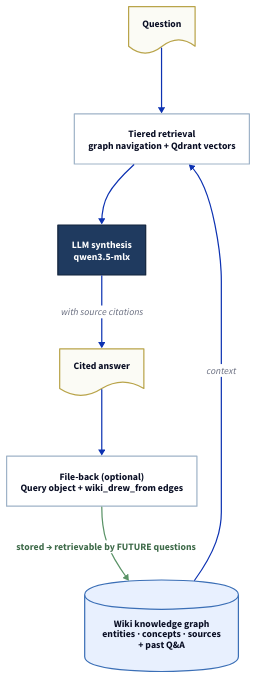
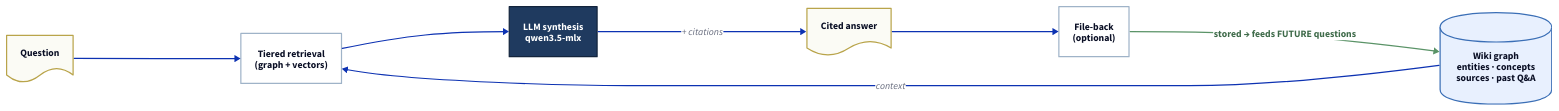
One commit to Aldeia-IT/anytype-llm-wiki changed the diagram in docs/diagrams/compounding-loop.d2. Above: the diagram before and after it, drawn with D2. The commit also changed 5 other files, not shown here.

```diff
--- a/docs/diagrams/compounding-loop.d2
+++ b/docs/diagrams/compounding-loop.d2
@@ -1,44 +1,44 @@
 # wiki_query — the compounding loop: cited answers that feed future questions
 # Render: d2 --theme 0 --pad 24 compounding-loop.d2 compounding-loop.svg
 
-direction: down
+direction: right
 
 classes: {
   step:  { shape: rectangle; style: { fill: "#ffffff"; stroke: "#9fb3c8" } }
   hero:  { shape: rectangle; style: { fill: "#1f3a5f"; font-color: "#ffffff"; bold: true; stroke: "#13243c" } }
   store: { shape: cylinder;  style: { fill: "#e8f0fe"; stroke: "#3b6fb6" } }
   io:    { shape: document;  style: { fill: "#fbfbf5"; stroke: "#b9a44a" } }
 }
 
 q: Question { class: io }
 
-graph: Wiki knowledge graph {
+graph: Wiki graph {
   class: store
-  label: "Wiki knowledge graph\nentities · concepts · sources\n+ past Q&A"
+  label: "Wiki graph\nentities · concepts\nsources · past Q&A"
 }
 
 retrieve: Tiered retrieval {
   class: step
-  label: "Tiered retrieval\ngraph navigation + Qdrant vectors"
+  label: "Tiered retrieval\n(graph + vectors)"
 }
 
 synth: LLM synthesis {
   class: hero
   label: "LLM synthesis\nqwen3.5-mlx"
 }
 
 answer: Cited answer { class: io }
 
 fileback: File-back {
   class: step
-  label: "File-back (optional)\nQuery object + wiki_drew_from edges"
+  label: "File-back\n(optional)"
 }
 
 q -> retrieve
 graph -> retrieve: context
 retrieve -> synth
-synth -> answer: with source citations
+synth -> answer: "+ citations"
 answer -> fileback
-fileback -> graph: "stored → retrievable by FUTURE questions" {
+fileback -> graph: "stored → feeds FUTURE questions" {
   style: { stroke: "#5a9367"; bold: true; font-color: "#3f6b4a"; stroke-width: 2 }
 }
```
